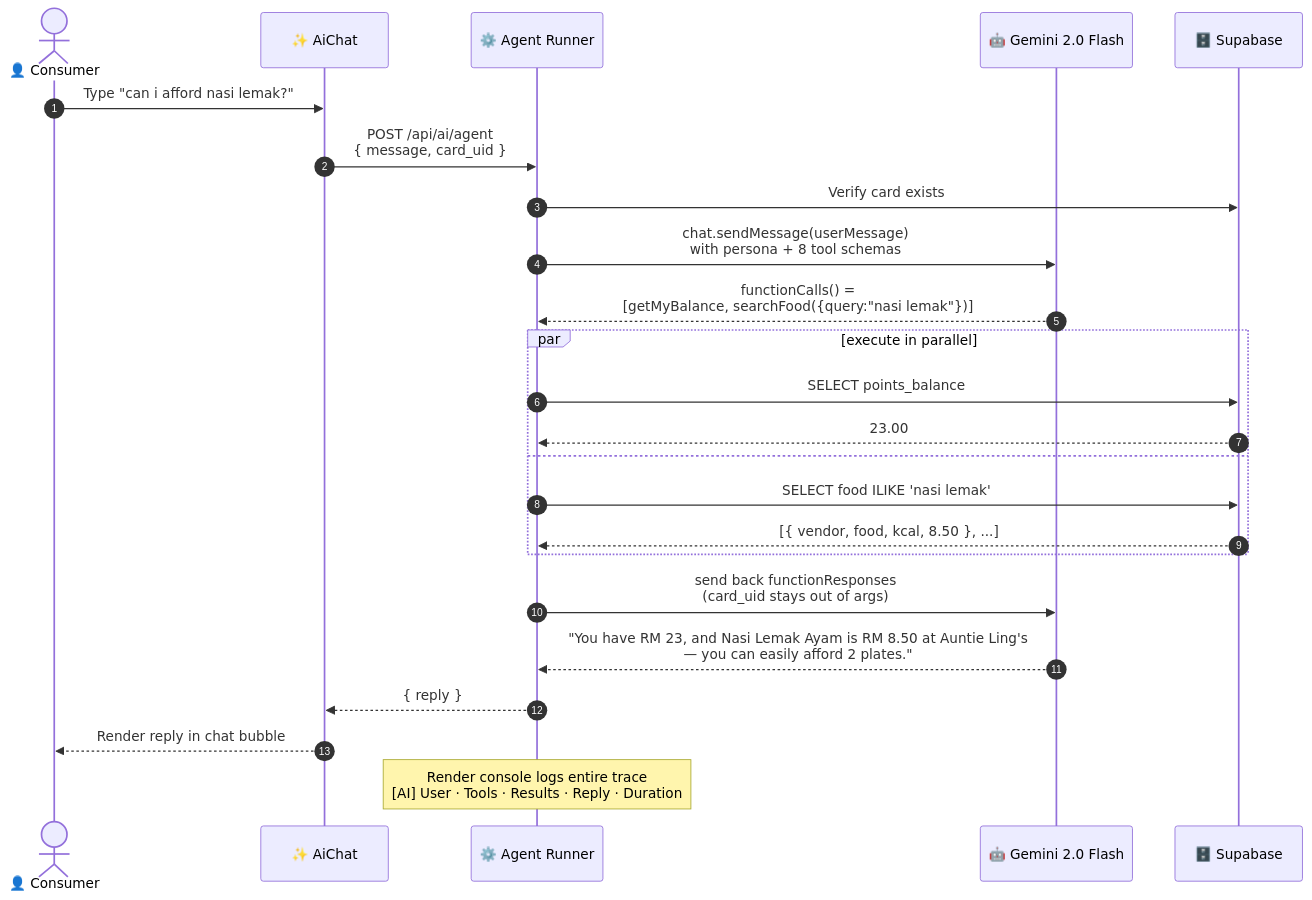
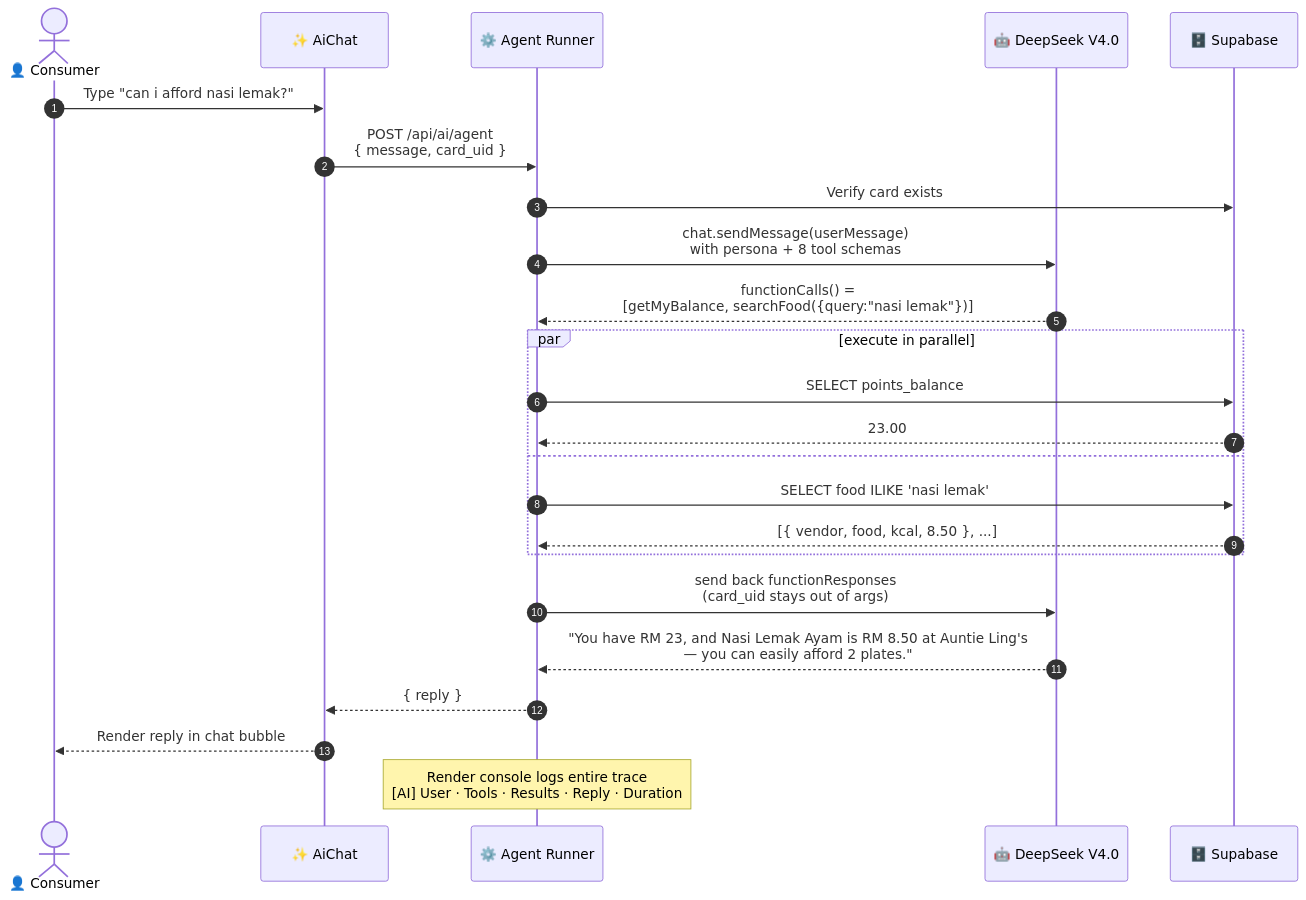
The sixth of 11 diagrams in docs/_archive/WEBSITE_FEATURES.md (GILZ3103/claude_project), drawn with Mermaid before and after one commit. The commit also changed other lines of this file and 42 other files, not shown here.

````diff
--- a/docs/_archive/WEBSITE_FEATURES.md
+++ b/docs/_archive/WEBSITE_FEATURES.md
@@ -446,26 +446,26 @@
 ```mermaid
 sequenceDiagram
     autonumber
     actor C as 👤 Consumer
     participant W as ✨ AiChat
     participant B as ⚙️ Agent Runner
-    participant G as 🤖 Gemini 2.0 Flash
+    participant G as 🤖 DeepSeek V4.0
     participant DB as 🗄️ Supabase
     C->>W: Type "can i afford nasi lemak?"
     W->>B: POST /api/ai/agent<br/>{ message, card_uid }
     B->>DB: Verify card exists
     B->>G: chat.sendMessage(userMessage)<br/>with persona + 8 tool schemas
     G-->>B: functionCalls() =<br/>[getMyBalance, searchFood({query:"nasi lemak"})]
     par execute in parallel
         B->>DB: SELECT points_balance
         DB-->>B: 23.00
     and
         B->>DB: SELECT food ILIKE 'nasi lemak'
         DB-->>B: [{ vendor, food, kcal, 8.50 }, ...]
     end
     B->>G: send back functionResponses<br/>(card_uid stays out of args)
     G-->>B: "You have RM 23, and Nasi Lemak Ayam is RM 8.50 at Auntie Ling's<br/>— you can easily afford 2 plates."
     B-->>W: { reply }
     W-->>C: Render reply in chat bubble
     Note over B: Render console logs entire trace<br/>[AI] User · Tools · Results · Reply · Duration
 ```
````
